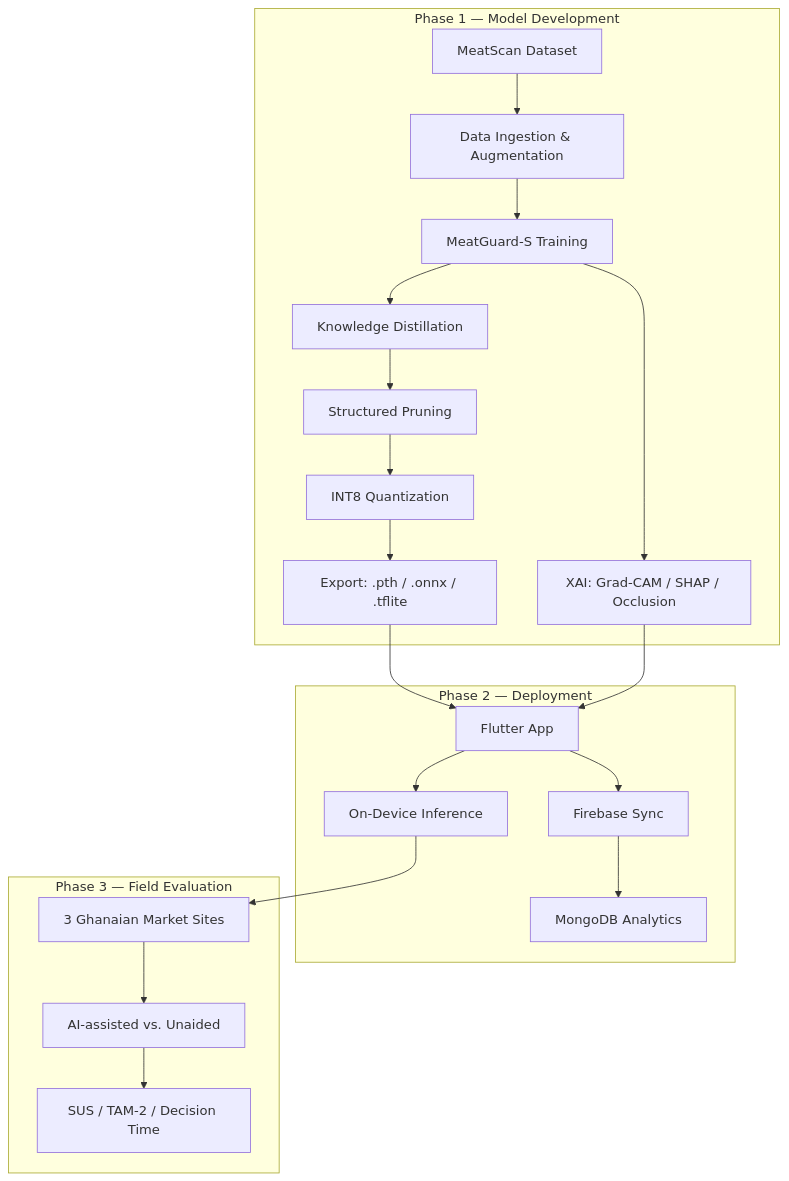
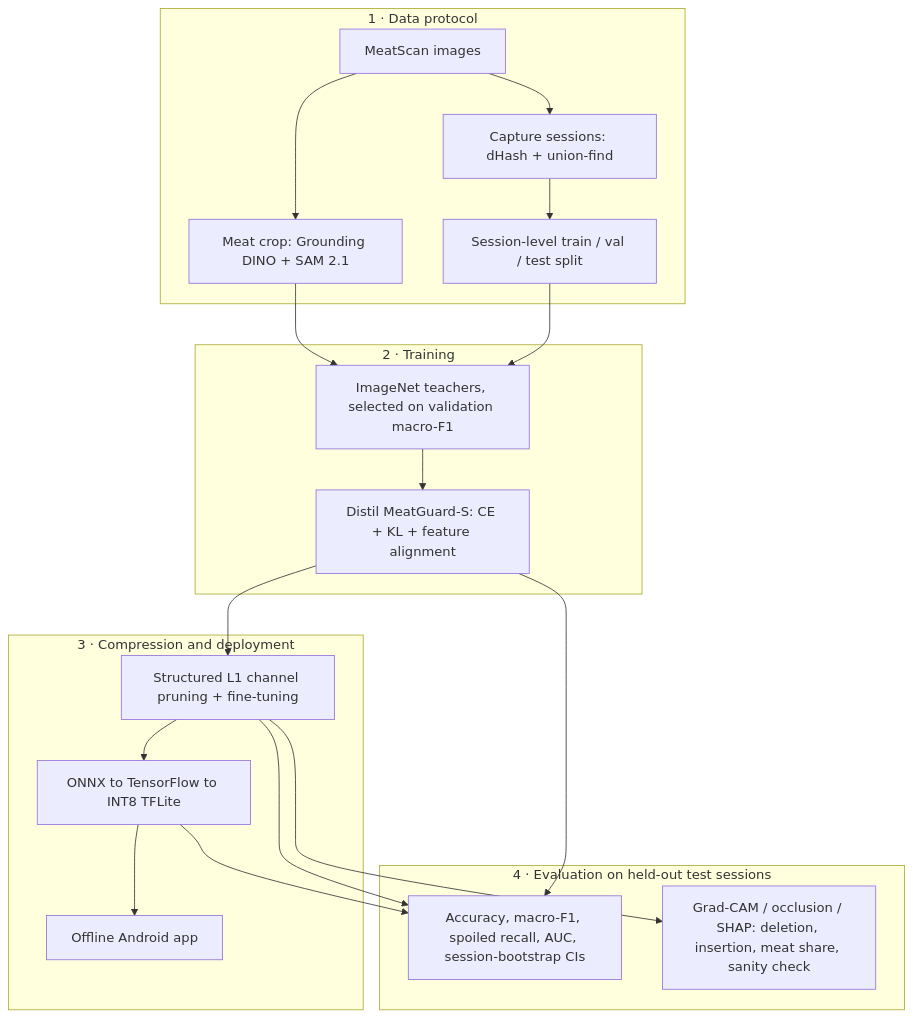
One commit to Berchie-Sam/MeatGuard_II changed the diagram in README.md. Above: the diagram before and after it, drawn with Mermaid. The commit also changed other lines of this file and 30 other files, not shown here.

````diff
--- a/README.md
+++ b/README.md
@@ -49,24 +50,24 @@
 ```mermaid
 flowchart TD
-    subgraph "Phase 1 — Model Development"
-        A[MeatScan Dataset] --> B[Data Ingestion & Augmentation]
-        B --> C[MeatGuard-S Training]
-        C --> D[Knowledge Distillation]
-        D --> E[Structured Pruning]
-        E --> F[INT8 Quantization]
-        F --> G[Export: .pth / .onnx / .tflite]
-        C --> H[XAI: Grad-CAM / SHAP / Occlusion]
+    subgraph "1 · Data protocol"
+        A[MeatScan images] --> B[Capture sessions: dHash + union-find]
+        B --> C[Session-level train / val / test split]
+        A --> D[Meat crop: Grounding DINO + SAM 2.1]
     end
-    subgraph "Phase 2 — Deployment"
-        G --> I[Flutter App]
-        H --> I
-        I --> J[On-Device Inference]
-        I --> K[Firebase Sync]
-        K --> L[MongoDB Analytics]
+    subgraph "2 · Training"
+        C --> E[ImageNet teachers, selected on validation macro-F1]
+        D --> E
+        E --> F[Distil MeatGuard-S: CE + KL + feature alignment]
     end
-    subgraph "Phase 3 — Field Evaluation"
-        J --> M[3 Ghanaian Market Sites]
-        M --> N[AI-assisted vs. Unaided]
-        N --> O[SUS / TAM-2 / Decision Time]
+    subgraph "3 · Compression and deployment"
+        F --> G[Structured L1 channel pruning + fine-tuning]
+        G --> H[ONNX to TensorFlow to INT8 TFLite]
+        H --> I[Offline Android app]
+    end
+    subgraph "4 · Evaluation on held-out test sessions"
+        F --> J[Accuracy, macro-F1, spoiled recall, AUC, session-bootstrap CIs]
+        G --> J
+        H --> J
+        G --> K[Grad-CAM / occlusion / SHAP: deletion, insertion, meat share, sanity check]
     end
 ```
````
